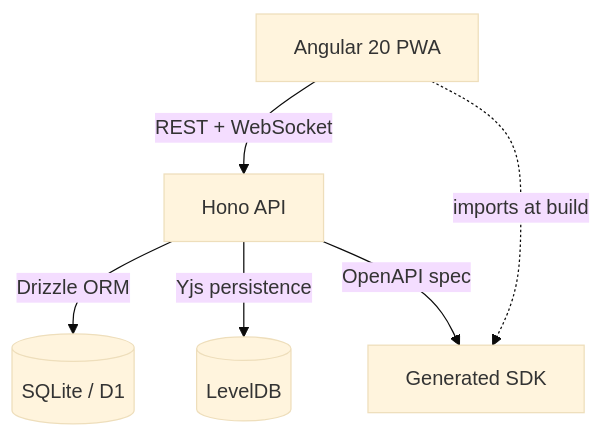
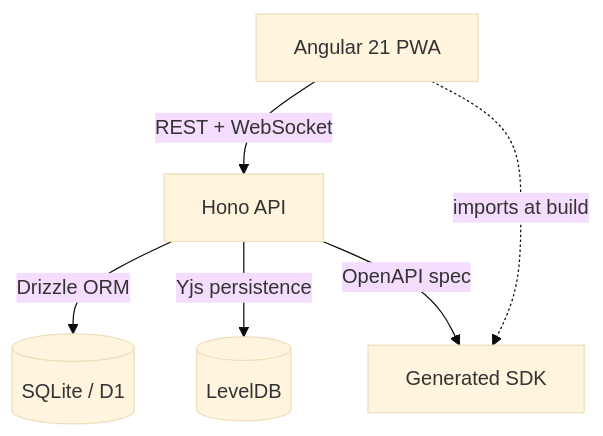
The diagram in README.md (bobbyquantum/inkweld), drawn with Mermaid (base theme) before and after one commit. The commit also changed other lines of this file and 2 other files, not shown here.

Commit message:
docs: Update PDF references in docs

````diff
--- a/README.md
+++ b/README.md
@@ -51,8 +51,8 @@
 ```mermaid
 flowchart TD
-    Frontend[Angular 20 PWA] -->|REST + WebSocket| Backend[Hono API]
+    Frontend[Angular 21 PWA] -->|REST + WebSocket| Backend[Hono API]
     Backend -->|Drizzle ORM| Database[(SQLite / D1)]
     Backend -->|Yjs persistence| Realtime[(LevelDB)]
     Backend -->|OpenAPI spec| APIClient[Generated SDK]
     Frontend -.->|imports at build| APIClient
 ```
````
